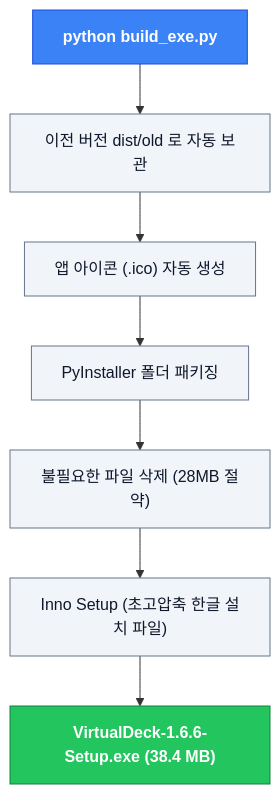
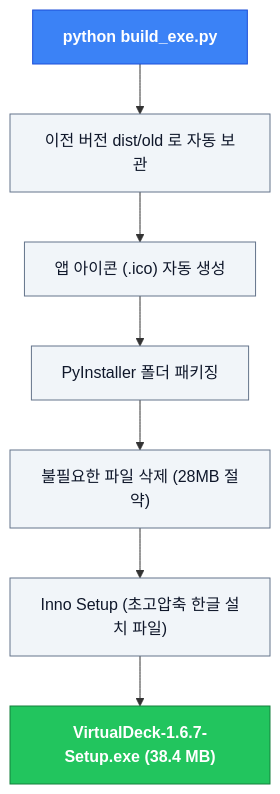
Before and after one commit to sh11025/Virtual_Deck: the seventh of 7 diagrams in README.md, drawn with Mermaid. The commit also changed other lines of this file and 11 other files, not shown here.

````diff
--- a/README.md
+++ b/README.md
@@ -347,13 +348,13 @@
 ```mermaid
 flowchart TD
     classDef head fill:#3b82f6,stroke:#1d4ed8,color:#ffffff,font-weight:bold;
     classDef box fill:#f1f5f9,stroke:#64748b,color:#0f172a;
     classDef done fill:#22c55e,stroke:#15803d,color:#ffffff,font-weight:bold;
 
     A["python build_exe.py"]:::head --> B["이전 버전 dist/old 로 자동 보관"]:::box
     B --> C["앱 아이콘 (.ico) 자동 생성"]:::box
     C --> D["PyInstaller 폴더 패키징"]:::box
     D --> E["불필요한 파일 삭제 (28MB 절약)"]:::box
     E --> F["Inno Setup (초고압축 한글 설치 파일)"]:::box
-    F --> G["VirtualDeck-1.6.6-Setup.exe (38.4 MB)"]:::done
+    F --> G["VirtualDeck-1.6.7-Setup.exe (38.4 MB)"]:::done
 ```
````
